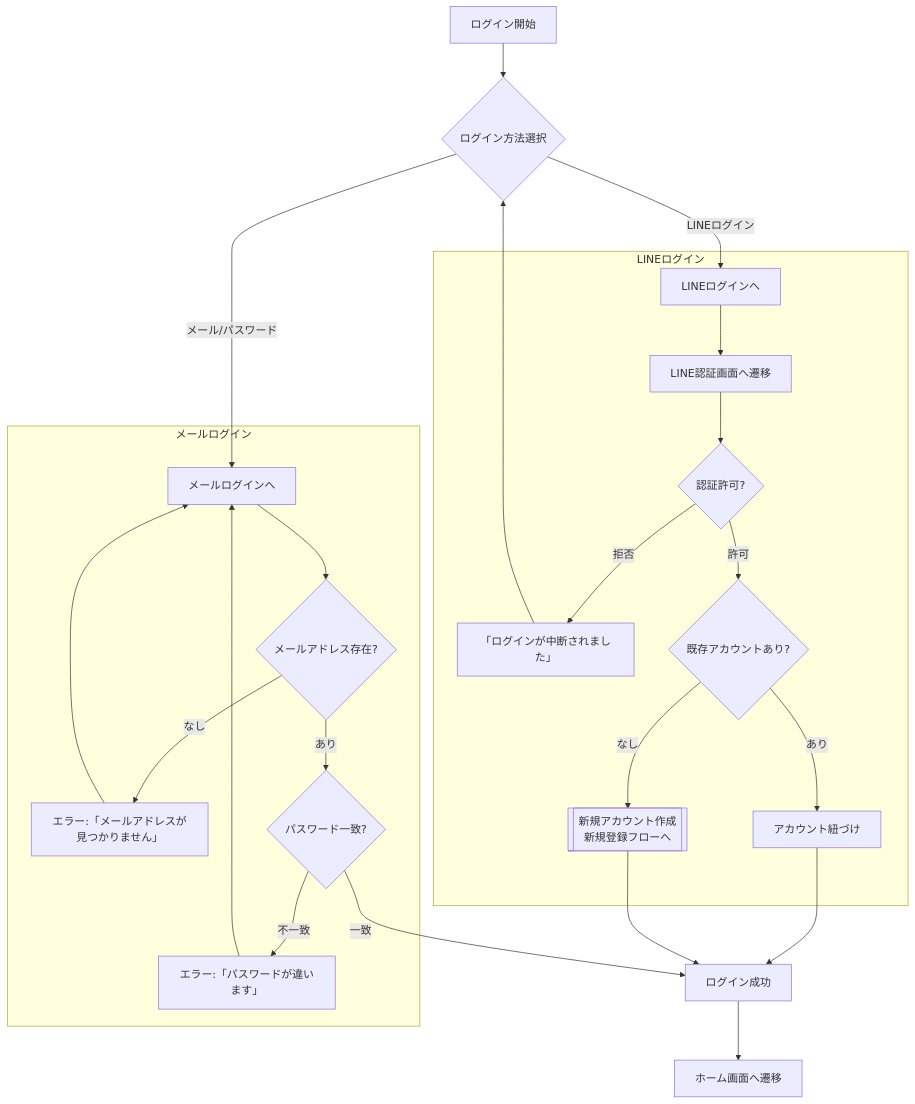
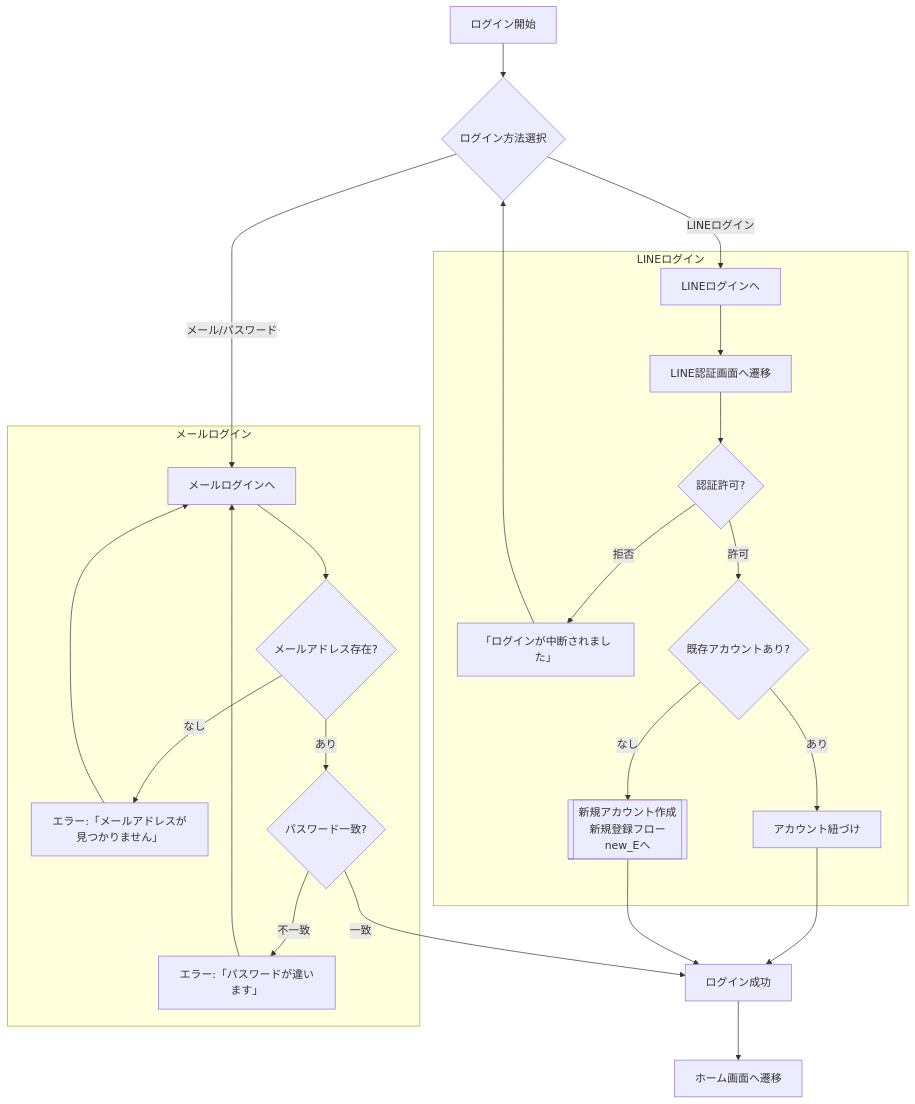
One commit to reflenge/mobipita-docs changed the third of 4 diagrams in src/content/docs/functional-design/customer/account.md. Above: the diagram before and after it, drawn with Mermaid. The commit also changed other lines of this file, not shown here.

````diff
--- a/src/content/docs/functional-design/customer/account.md
+++ b/src/content/docs/functional-design/customer/account.md
@@ -81,36 +105,36 @@
 ```mermaid
 flowchart TD
 
 login_A[ログイン開始] --> login_B{ログイン方法選択}
 
 login_B -->|メール/パスワード| login_C[メールログインへ]
 login_B -->|LINEログイン| login_D[LINEログインへ]
 
 %% --- メールログイン ---
 subgraph メールログイン
   login_C --> login_E{メールアドレス存在?}
   login_E -->|なし| login_E_err[エラー:「メールアドレスが見つかりません」] --> login_C
 
   login_E -->|あり| login_F{パスワード一致?}
   login_F -->|不一致| login_F_err[エラー:「パスワードが違います」] --> login_C
 
 end
 
 %% --- LINEログイン ---
 subgraph LINEログイン
   login_D --> login_H[LINE認証画面へ遷移]
   login_H --> login_I{認証許可?}
 
   login_I -->|拒否| login_I_err[「ログインが中断されました」]
   login_I -->|許可| login_J{既存アカウントあり?}
 
   login_J -->|あり| login_K[アカウント紐づけ]
-  login_J -->|なし| login_L[[新規アカウント作成 <br> 新規登録フローへ]]
+  login_J -->|なし| login_L[[新規アカウント作成 <br> 新規登録フロー<br>new_Eへ]]
   end
 
 login_I_err --> login_B
 login_K --> login_G
 login_L --> login_G
 login_F -->|一致| login_G[ログイン成功]
 login_G --> login_M[ホーム画面へ遷移]
 ```
````
